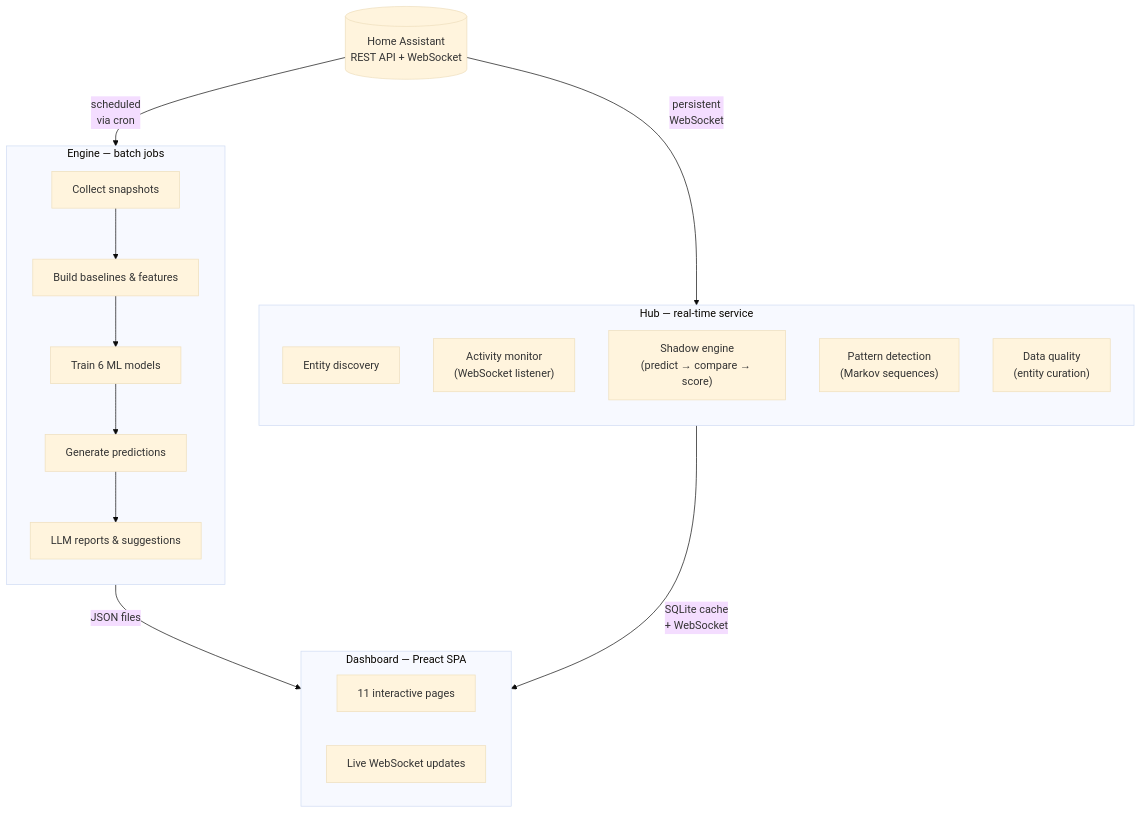
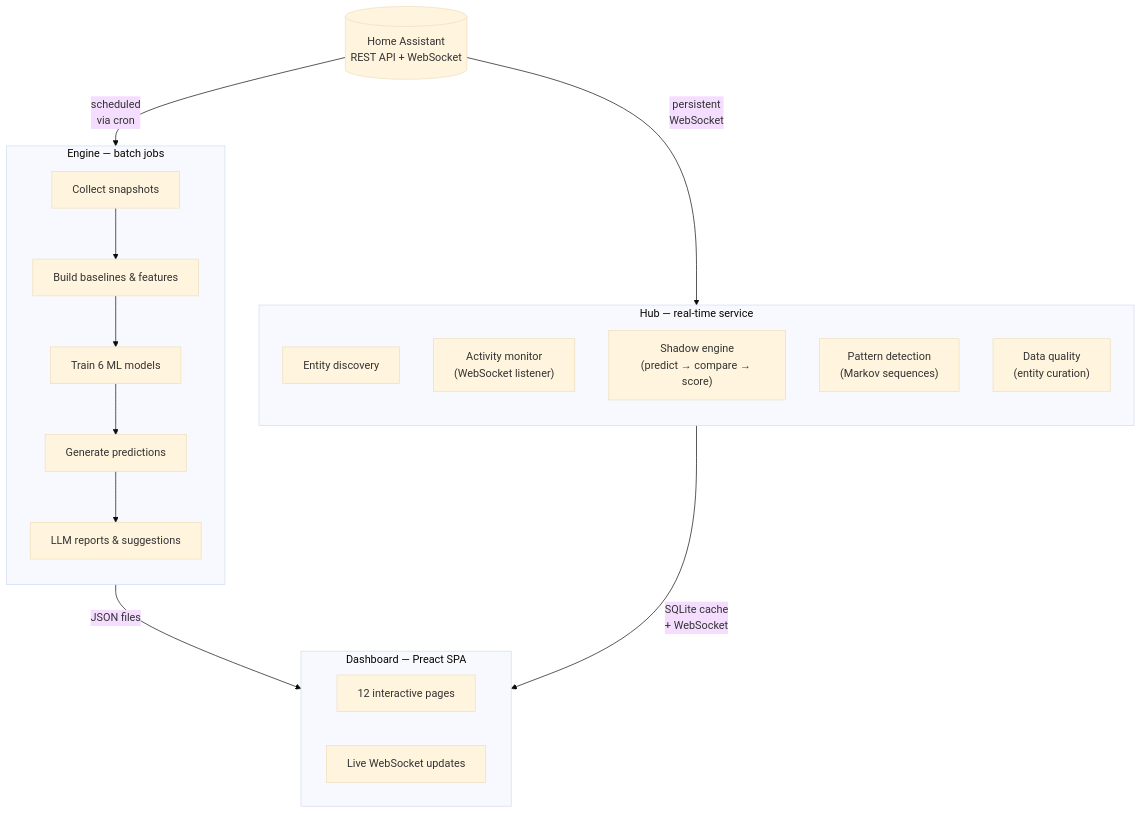
The first of 2 diagrams in README.md (parthalon025/ha-aria), drawn with Mermaid (base theme) before and after one commit. The commit also changed other lines of this file and 10 other files, not shown here.

````diff
--- a/README.md
+++ b/README.md
@@ -122,33 +122,33 @@
 ```mermaid
 flowchart TB
     HA[("Home Assistant\nREST API + WebSocket")]
 
     subgraph Engine ["Engine — batch jobs"]
         direction TB
         E1["Collect snapshots"]
         E2["Build baselines & features"]
         E3["Train 6 ML models"]
         E4["Generate predictions"]
         E5["LLM reports & suggestions"]
         E1 --> E2 --> E3 --> E4 --> E5
     end
 
     subgraph Hub ["Hub — real-time service"]
         direction TB
         H1["Entity discovery"]
         H2["Activity monitor\n(WebSocket listener)"]
         H3["Shadow engine\n(predict → compare → score)"]
         H4["Pattern detection\n(Markov sequences)"]
         H5["Data quality\n(entity curation)"]
     end
 
     subgraph Dash ["Dashboard — Preact SPA"]
-        D1["11 interactive pages"]
+        D1["12 interactive pages"]
         D2["Live WebSocket updates"]
     end
 
     HA -- "scheduled\nvia cron" --> Engine
     HA -- "persistent\nWebSocket" --> Hub
     Engine -- "JSON files" --> Dash
     Hub -- "SQLite cache\n+ WebSocket" --> Dash
 ```
````
